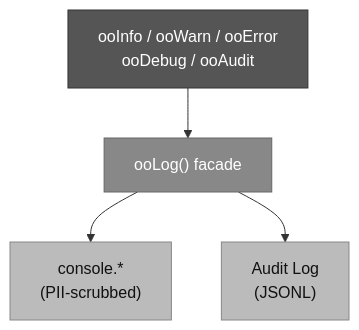
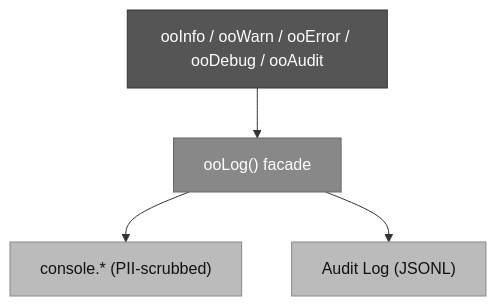
Diagram 13 of 14 in ARCHITECTURE.md (OpenObscure/OpenObscure), drawn with Mermaid before and after one commit. The commit also changed other lines of this file and 1 other file, not shown here.

First line of the commit message:
Remove \n line breaks from mermaid flowchart labels

````diff
--- a/ARCHITECTURE.md
+++ b/ARCHITECTURE.md
@@ -602,17 +602,17 @@
 ```mermaid
 flowchart TB
-    funcs["ooInfo / ooWarn / ooError\nooDebug / ooAudit"]
+    funcs["ooInfo / ooWarn / ooError / ooDebug / ooAudit"]
     facade["ooLog() facade"]
     funcs --> facade
 
-    console["console.*\n(PII-scrubbed)"]
-    auditlog["Audit Log\n(JSONL)"]
+    console["console.* (PII-scrubbed)"]
+    auditlog["Audit Log (JSONL)"]
 
     facade --> console
     facade --> auditlog
 
     style funcs fill:#555,stroke:#333,color:#fff
     style facade fill:#888,stroke:#666,color:#fff
     style console fill:#bbb,stroke:#888,color:#111
     style auditlog fill:#bbb,stroke:#888,color:#111
 ```
````
